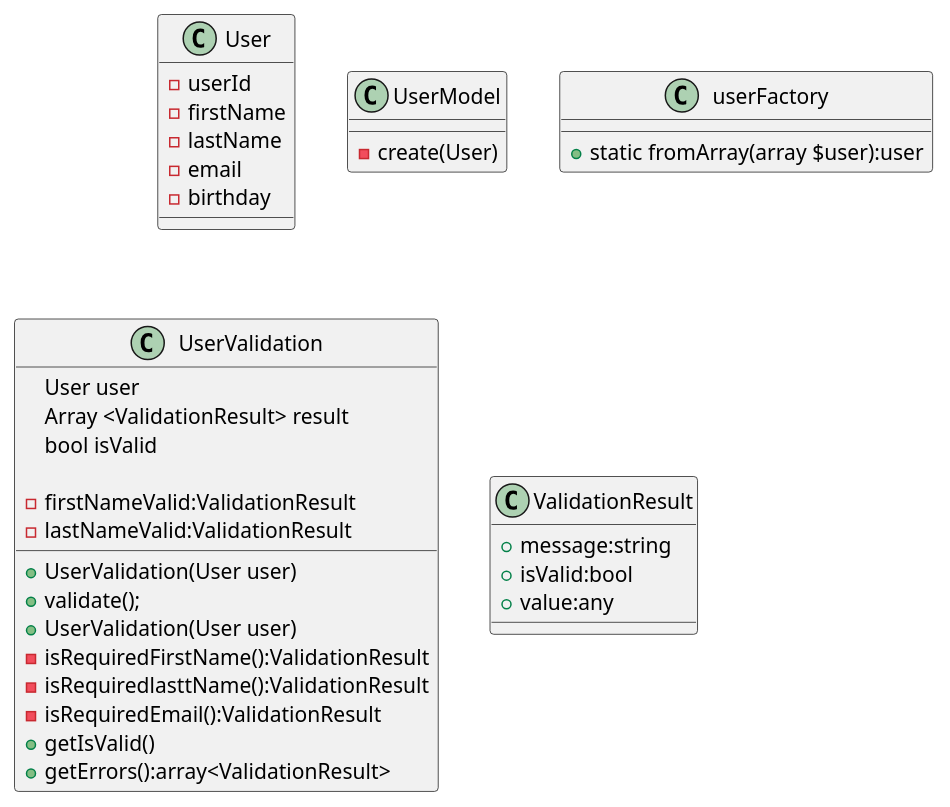
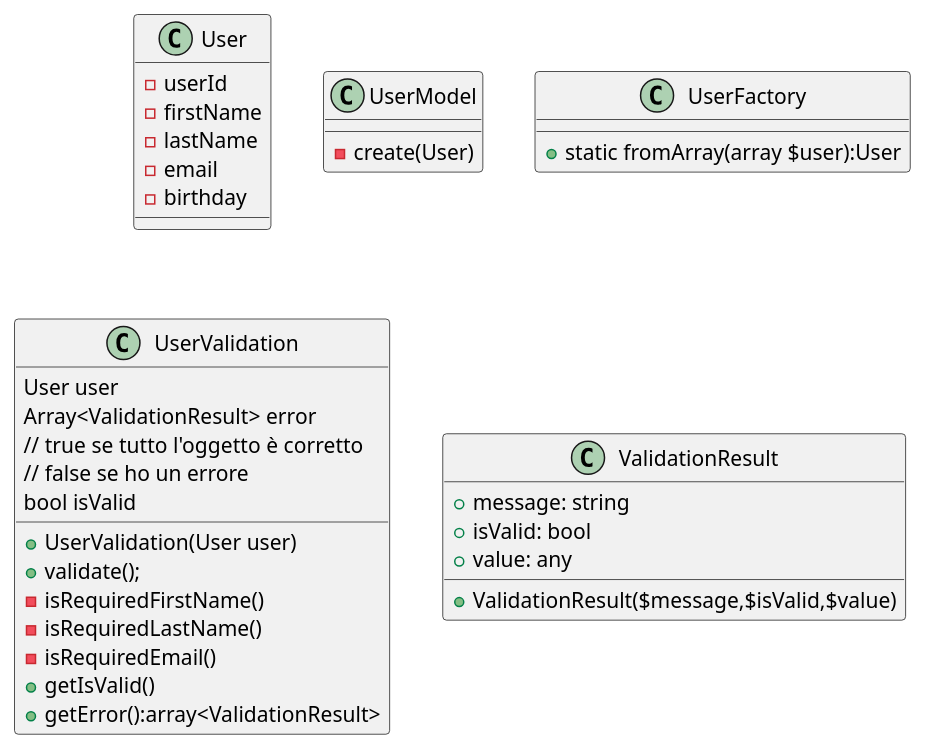
The diagram in __docs/uml/new_user.diagram.puml (DamianoGeuna/User-Management-System), drawn with PlantUML before and after one commit. The commit also changed other lines of this file and 12 other files, not shown here.

```diff
--- a/__docs/uml/new_user.diagram.puml
+++ b/__docs/uml/new_user.diagram.puml
@@ -1,53 +1,41 @@
 @startuml
 
-class User
-{
+class User {
     - userId
-    -firstName
-    -lastName
-    -email
-    -birthday
+    - firstName
+    - lastName
+    - email
+    - birthday
 }
 
-class UserModel
-{
-    -create(User)
+class UserModel {
+    - create(User)
 }
 
-class userFactory
-{
-    + static fromArray(array $user):user
+class UserFactory {
+    + static fromArray(array $user):User
 }
 
-class UserValidation
-{   
+class UserValidation {
     User user
-    Array <ValidationResult> result
+    Array<ValidationResult> error
+    // true se tutto l'oggetto è corretto
+    // false se ho un errore
     bool isValid 
     + UserValidation(User user)
     + validate();
-
-    -firstNameValid:ValidationResult
-    -lastNameValid:ValidationResult
-
-
-    + UserValidation(User user)
-    - isRequiredFirstName():ValidationResult
-    - isRequiredlasttName():ValidationResult
-    - isRequiredEmail():ValidationResult
+    - isRequiredFirstName()
+    - isRequiredLastName()
+    - isRequiredEmail() 
     + getIsValid()
-    + getErrors():array<ValidationResult>
+    + getError():array<ValidationResult>
 }
 
-class ValidationResult
-{
-    
-    + message:string
-    + isValid:bool
-    + value:any
+class ValidationResult {
+    + ValidationResult($message,$isValid,$value)
+    + message: string
+    + isValid: bool
+    + value: any
 }
 
-
-
-
 @enduml
```
